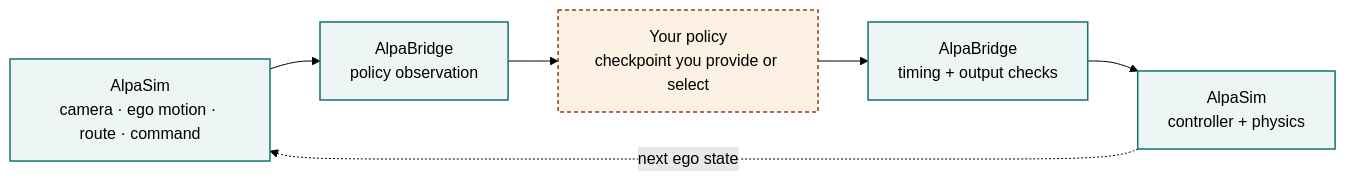
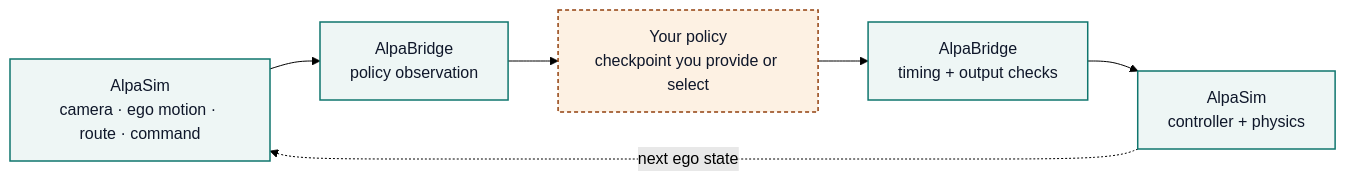
The diagram in README.md (amtellezfernandez/AlpaBridge), drawn with Mermaid (forest theme) before and after one commit. The commit also changed other lines of this file and 6 other files, not shown here.

First line of the commit message:
Fix Mermaid text contrast, merge before/after images, restructure Demo prose

````diff
--- a/README.md
+++ b/README.md
@@ -63,14 +66,14 @@
 ```mermaid
 flowchart LR
     A["AlpaSim<br/>camera · ego motion · route · command"] --> B["AlpaBridge<br/>policy observation"]
     B --> C["Your policy<br/>checkpoint you provide or select"]
     C --> D["AlpaBridge<br/>timing + output checks"]
     D --> E["AlpaSim<br/>controller + physics"]
     E -.->|next ego state| A
 
-    style A fill:#eef6f5,stroke:#0f766e,stroke-width:1.5px
-    style B fill:#eef6f5,stroke:#0f766e,stroke-width:1.5px
-    style C fill:#fdf1e3,stroke:#92400e,stroke-width:1.5px,stroke-dasharray: 4 3
-    style D fill:#eef6f5,stroke:#0f766e,stroke-width:1.5px
-    style E fill:#eef6f5,stroke:#0f766e,stroke-width:1.5px
+    style A fill:#eef6f5,stroke:#0f766e,stroke-width:1.5px,color:#0f172a
+    style B fill:#eef6f5,stroke:#0f766e,stroke-width:1.5px,color:#0f172a
+    style C fill:#fdf1e3,stroke:#92400e,stroke-width:1.5px,stroke-dasharray: 4 3,color:#0f172a
+    style D fill:#eef6f5,stroke:#0f766e,stroke-width:1.5px,color:#0f172a
+    style E fill:#eef6f5,stroke:#0f766e,stroke-width:1.5px,color:#0f172a
 ```
````
